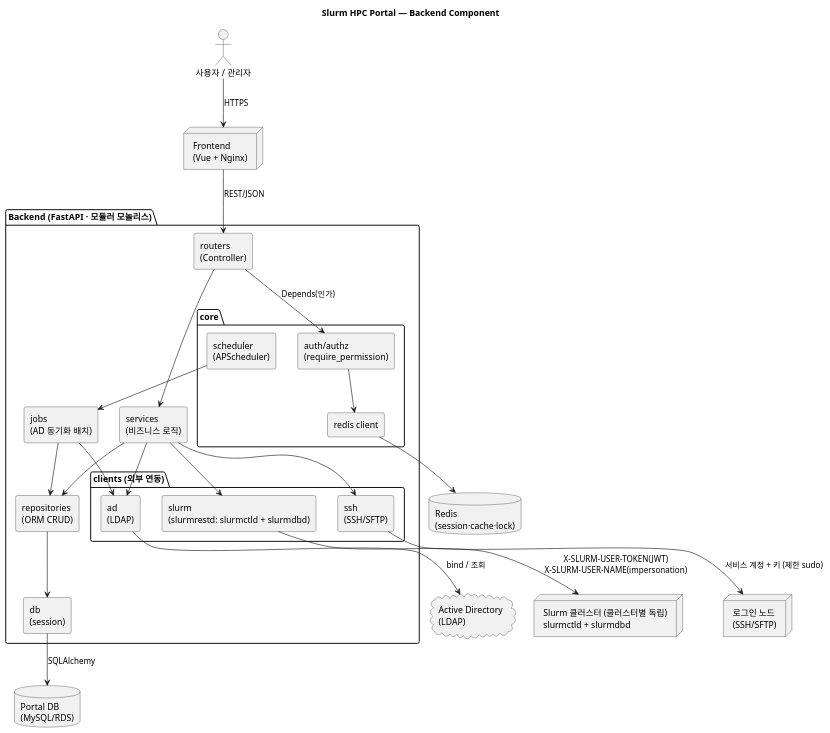
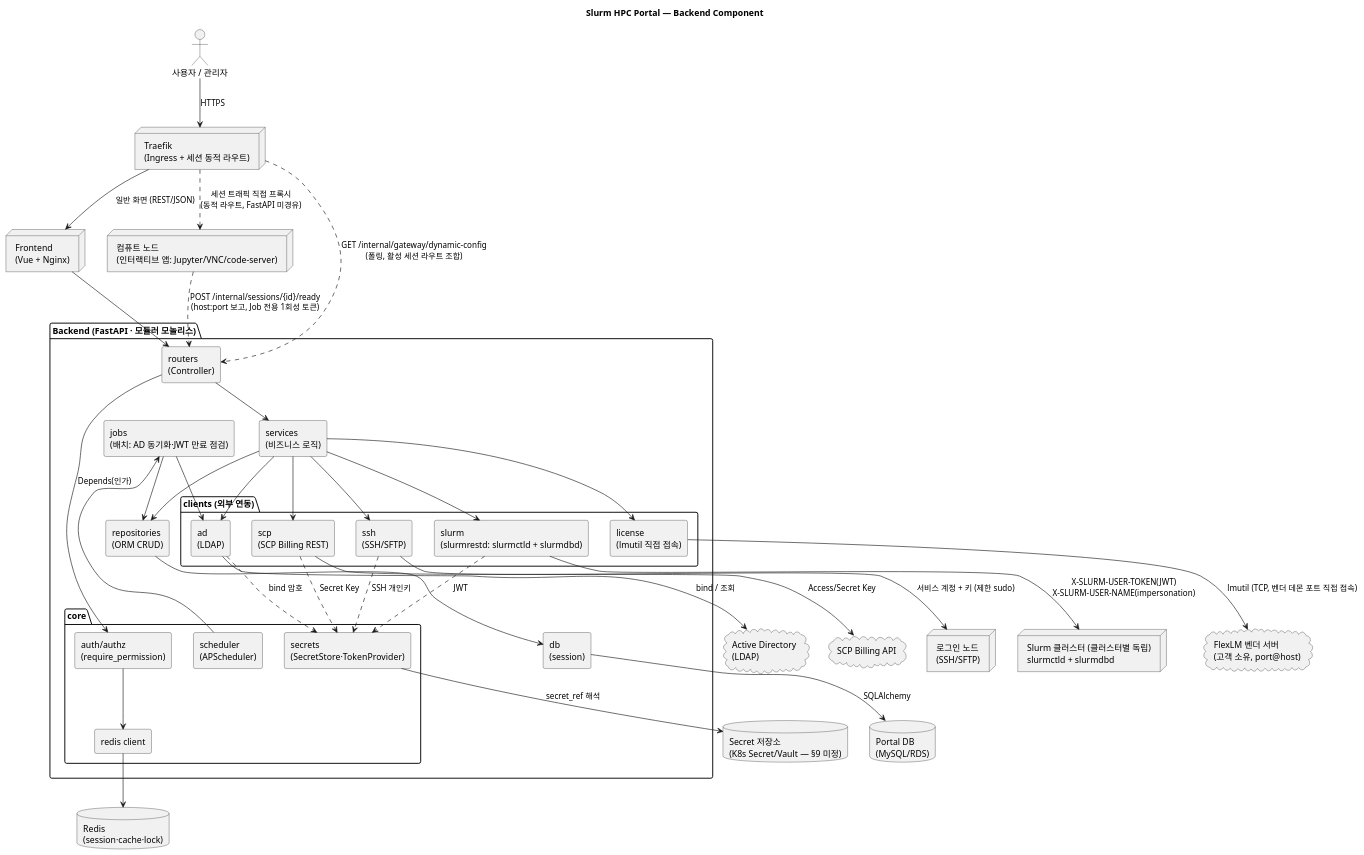
The diagram in docs/Architecture.md (stty0/portal), drawn with PlantUML before and after one commit. The commit also changed other lines of this file and 170 other files, not shown here.

````diff
--- a/docs/Architecture.md
+++ b/docs/Architecture.md
@@ -14,55 +14,76 @@
 ```plantuml
 @startuml portal-backend-component
 skinparam componentStyle rectangle
 skinparam shadowing false
 skinparam roundcorner 6
 title Slurm HPC Portal — Backend Component
 
 actor "사용자 / 관리자" as user
+node "Traefik\n(Ingress + 세션 동적 라우트)" as traefik
 node "Frontend\n(Vue + Nginx)" as fe
 
 package "Backend (FastAPI · 모듈러 모놀리스)" {
   [routers\n(Controller)] as routers
   [services\n(비즈니스 로직)] as services
   [repositories\n(ORM CRUD)] as repos
   package "clients (외부 연동)" {
     [ad\n(LDAP)] as cad
     [slurm\n(slurmrestd: slurmctld + slurmdbd)] as cslurm
+    [scp\n(SCP Billing REST)] as cscp
     [ssh\n(SSH/SFTP)] as cssh
+    [license\n(lmutil 직접 접속)] as clicense
   }
   package "core" {
     [auth/authz\n(require_permission)] as auth
+    [secrets\n(SecretStore·TokenProvider)] as secrets
     [scheduler\n(APScheduler)] as sched
     [redis client] as rediscli
   }
   [db\n(session)] as db
-  [jobs\n(AD 동기화 배치)] as jobs
+  [jobs\n(배치: AD 동기화·JWT 만료 점검)] as jobs
 }
 
 database "Portal DB\n(MySQL/RDS)" as mysql
 database "Redis\n(session·cache·lock)" as redis
 cloud "Active Directory\n(LDAP)" as ad
 node "Slurm 클러스터 (클러스터별 독립)\nslurmctld + slurmdbd" as slurm
 node "로그인 노드\n(SSH/SFTP)" as loginnode
+node "컴퓨트 노드\n(인터랙티브 앱: Jupyter/VNC/code-server)" as computenode
+cloud "SCP Billing API" as scpapi
+cloud "FlexLM 벤더 서버\n(고객 소유, port@host)" as flexlm
+database "Secret 저장소\n(K8s Secret/Vault — §9 미정)" as vault
 
-user --> fe : HTTPS
-fe --> routers : REST/JSON
+user --> traefik : HTTPS
+traefik --> fe : 일반 화면 (REST/JSON)
+fe --> routers
 routers --> auth : Depends(인가)
 routers --> services
 services --> repos
 services --> cad
 services --> cslurm
+services --> cscp
 services --> cssh
+services --> clicense
 repos --> db
 db --> mysql : SQLAlchemy
 auth --> rediscli
 rediscli --> redis
+secrets --> vault : secret_ref 해석
+cslurm ..> secrets : JWT
+cscp ..> secrets : Secret Key
+cssh ..> secrets : SSH 개인키
+cad ..> secrets : bind 암호
 sched --> jobs
 jobs --> cad
 jobs --> repos
 cad --> ad : bind / 조회
 cslurm --> slurm : X-SLURM-USER-TOKEN(JWT)\nX-SLURM-USER-NAME(impersonation)
+cscp --> scpapi : Access/Secret Key
 cssh --> loginnode : 서비스 계정 + 키 (제한 sudo)
+clicense --> flexlm : lmutil (TCP, 벤더 데몬 포트 직접 접속)
+traefik ..> routers : GET /internal/gateway/dynamic-config\n(폴링, 활성 세션 라우트 조합)
+traefik ..> computenode : 세션 트래픽 직접 프록시\n(동적 라우트, FastAPI 미경유)
+computenode ..> routers : POST /internal/sessions/{id}/ready\n(host:port 보고, Job 전용 1회성 토큰)
 
 @enduml
 ```
````
